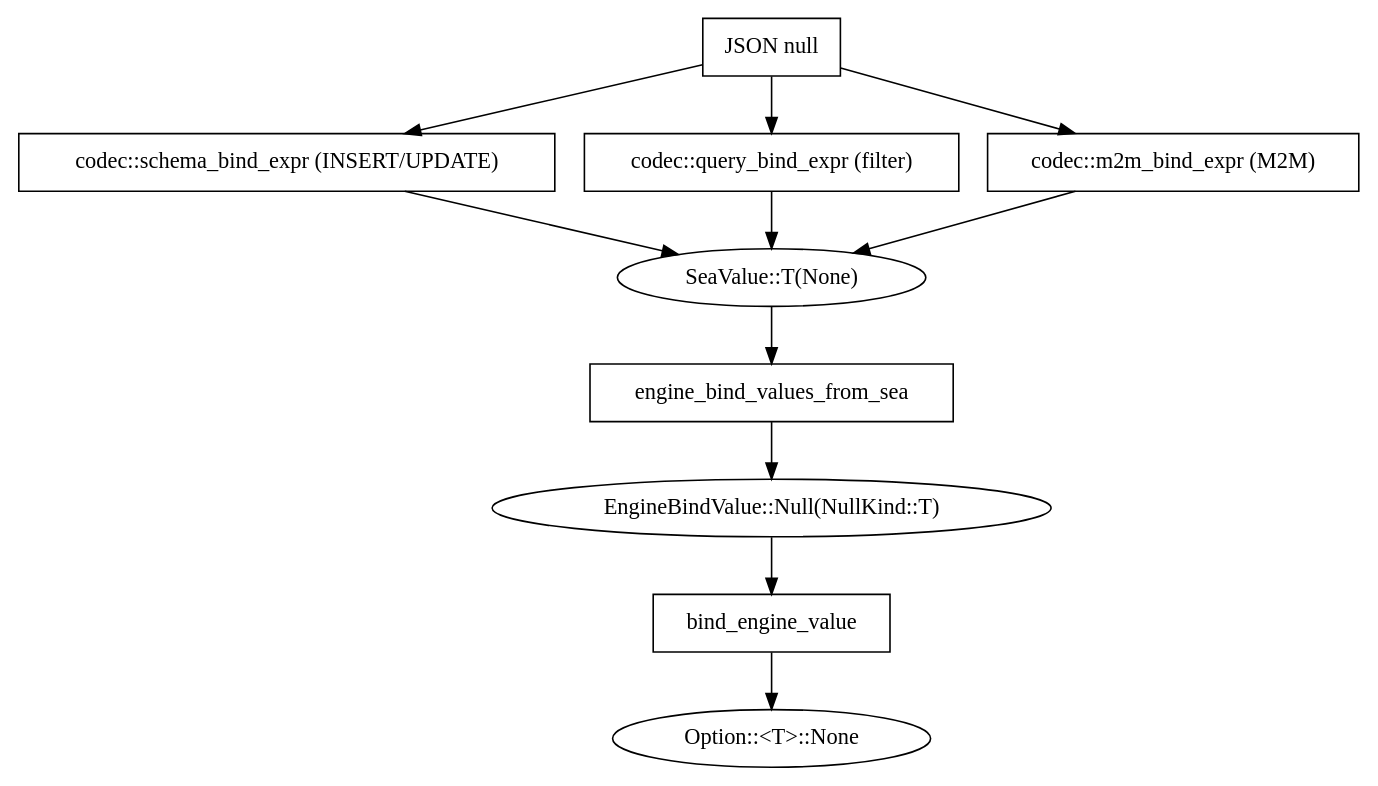
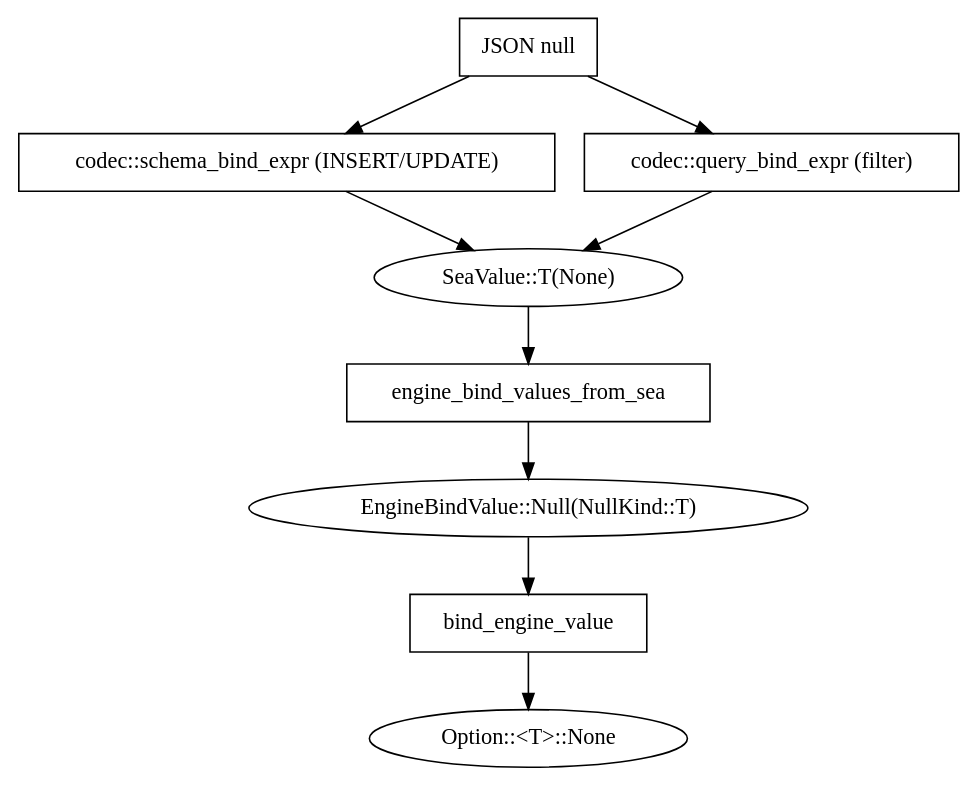
The diagram in docs/solutions/patterns/typed-null-binds.md (syn54x/ferro-orm), drawn with Graphviz before and after one commit. The commit also changed other lines of this file and 14 other files, not shown here.

````diff
--- a/docs/solutions/patterns/typed-null-binds.md
+++ b/docs/solutions/patterns/typed-null-binds.md
@@ -43,24 +43,21 @@
 ```dot
 digraph typed_null_flow {
   "JSON null"        [shape=box];
   "codec::schema_bind_expr (INSERT/UPDATE)"  [shape=box];
   "codec::query_bind_expr (filter)"          [shape=box];
-  "codec::m2m_bind_expr (M2M)"               [shape=box];
   "SeaValue::T(None)"                        [shape=oval];
   "engine_bind_values_from_sea"              [shape=box];
   "EngineBindValue::Null(NullKind::T)"       [shape=oval];
   "bind_engine_value"                        [shape=box];
   "Option::<T>::None"                        [shape=oval];
 
   "JSON null" -> "codec::schema_bind_expr (INSERT/UPDATE)";
   "JSON null" -> "codec::query_bind_expr (filter)";
-  "JSON null" -> "codec::m2m_bind_expr (M2M)";
   "codec::schema_bind_expr (INSERT/UPDATE)" -> "SeaValue::T(None)";
   "codec::query_bind_expr (filter)" -> "SeaValue::T(None)";
-  "codec::m2m_bind_expr (M2M)" -> "SeaValue::T(None)";
   "SeaValue::T(None)" -> "engine_bind_values_from_sea";
   "engine_bind_values_from_sea" -> "EngineBindValue::Null(NullKind::T)";
   "EngineBindValue::Null(NullKind::T)" -> "bind_engine_value";
   "bind_engine_value" -> "Option::<T>::None";
 }
 ```
````
